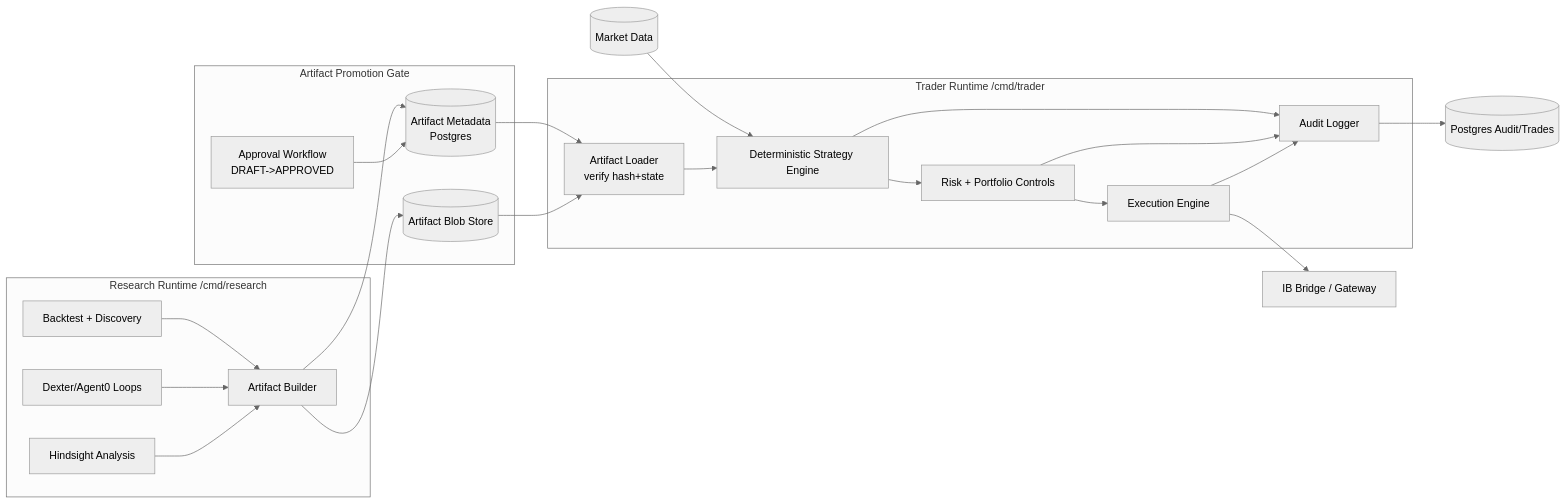
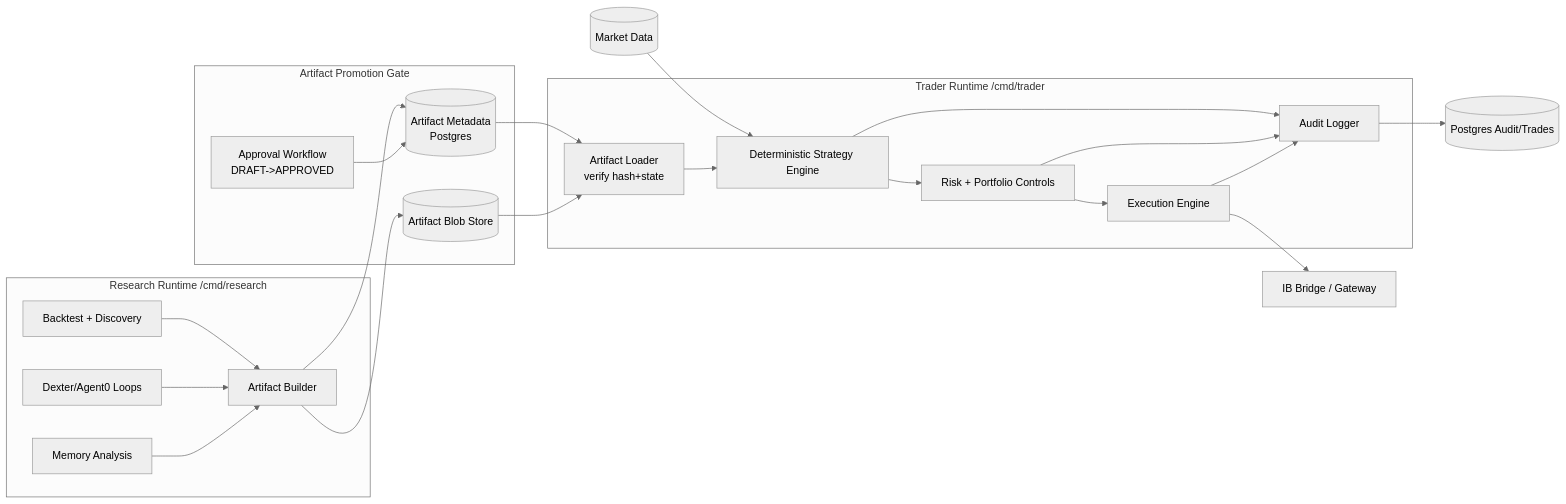
One commit to Funky1981/jax-trading-assistant changed the diagram in Docs/ADR-0012-two-runtime-modular-monolith.md. Above: the diagram before and after it, drawn with Mermaid (neutral theme). The commit also changed other lines of this file and 575 other files, not shown here.

````diff
--- a/Docs/ADR-0012-two-runtime-modular-monolith.md
+++ b/Docs/ADR-0012-two-runtime-modular-monolith.md
@@ -350,39 +347,39 @@
 ```mermaid
 flowchart LR
   subgraph Research_Runtime[Research Runtime /cmd/research]
     R1[Backtest + Discovery]
     R2[Dexter/Agent0 Loops]
-    R3[Hindsight Analysis]
+    R3[Memory Analysis]
     R4[Artifact Builder]
   end
 
   subgraph Artifact_Gate[Artifact Promotion Gate]
     A1[(Artifact Metadata\nPostgres)]
     A2[(Artifact Blob Store)]
     A3[Approval Workflow\nDRAFT->APPROVED]
   end
 
   subgraph Trader_Runtime[Trader Runtime /cmd/trader]
     T1[Artifact Loader\nverify hash+state]
     T2[Deterministic Strategy Engine]
     T3[Risk + Portfolio Controls]
     T4[Execution Engine]
     T5[Audit Logger]
   end
 
   M[(Market Data)] --> T2
   R1 --> R4
   R2 --> R4
   R3 --> R4
   R4 --> A2
   R4 --> A1
   A3 --> A1
   A1 --> T1
   A2 --> T1
   T1 --> T2 --> T3 --> T4
   T2 --> T5
   T3 --> T5
   T4 --> T5
   T4 --> IB[IB Bridge / Gateway]
   T5 --> DB[(Postgres Audit/Trades)]
 ```
````
